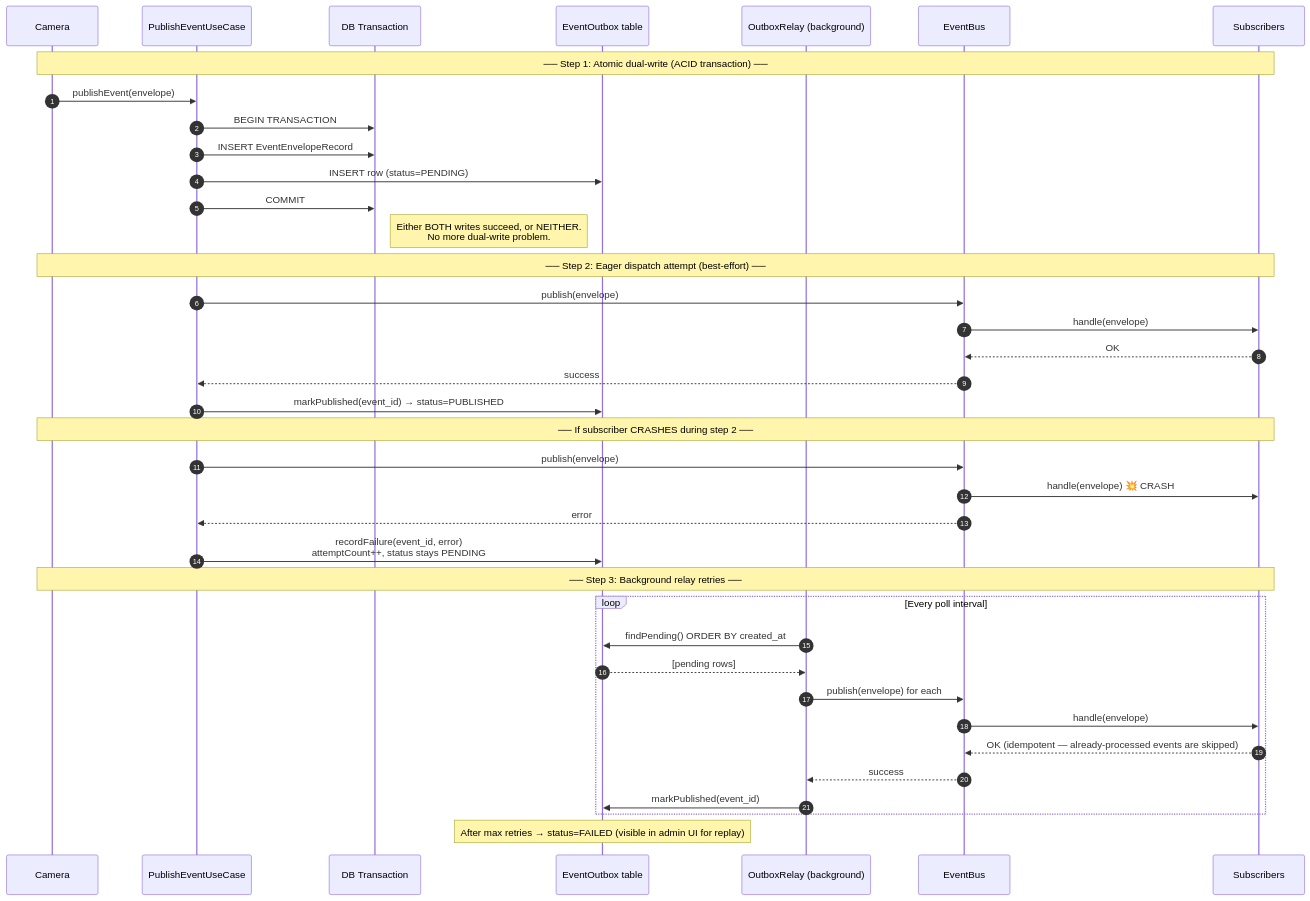
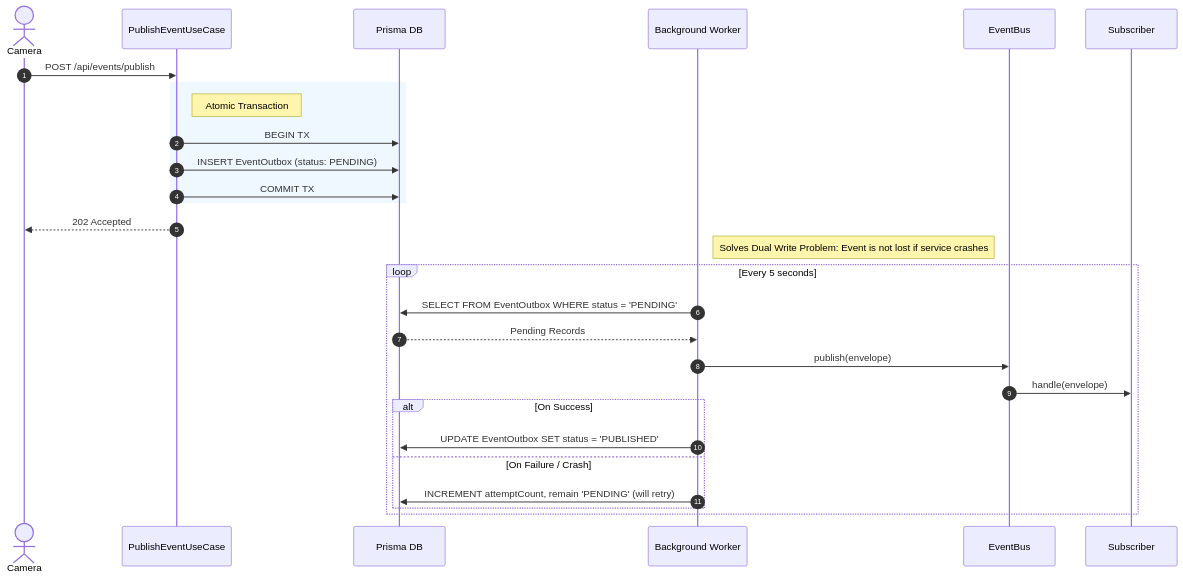
Before and after one commit to shajarhussain/cep-traffic-command-center: the diagram in viva_prep_package/uml/04_sequence_outbox_pattern.mmd, drawn with Mermaid. The commit also changed 53 other files, not shown here.

```diff
--- a/viva_prep_package/uml/04_sequence_outbox_pattern.mmd
+++ b/viva_prep_package/uml/04_sequence_outbox_pattern.mmd
@@ -1,43 +1,34 @@
 sequenceDiagram
     autonumber
-    participant Camera
-    participant UC as PublishEventUseCase
-    participant TX as DB Transaction
-    participant Outbox as EventOutbox table
-    participant Relay as OutboxRelay (background)
-    participant Bus as EventBus
-    participant Subs as Subscribers
+    actor Camera
+    participant PublishEventUseCase
+    participant Database as Prisma DB
+    participant OutboxRelay as Background Worker
+    participant EventBus
+    participant Subscriber
 
-    Note over Camera,Subs: ── Step 1: Atomic dual-write (ACID transaction) ──
-    Camera->>UC: publishEvent(envelope)
-    UC->>TX: BEGIN TRANSACTION
-    UC->>TX: INSERT EventEnvelopeRecord
-    UC->>Outbox: INSERT row (status=PENDING)
-    UC->>TX: COMMIT
-    Note right of TX: Either BOTH writes succeed, or NEITHER.<br/>No more dual-write problem.
-
-    Note over Camera,Subs: ── Step 2: Eager dispatch attempt (best-effort) ──
-    UC->>Bus: publish(envelope)
-    Bus->>Subs: handle(envelope)
-    Subs-->>Bus: OK
-    Bus-->>UC: success
-    UC->>Outbox: markPublished(event_id) → status=PUBLISHED
-
-    Note over Camera,Subs: ── If subscriber CRASHES during step 2 ──
-    UC->>Bus: publish(envelope)
-    Bus->>Subs: handle(envelope) 💥 CRASH
-    Bus-->>UC: error
-    UC->>Outbox: recordFailure(event_id, error)<br/>attemptCount++, status stays PENDING
-
-    Note over Camera,Subs: ── Step 3: Background relay retries ──
-    loop Every poll interval
-        Relay->>Outbox: findPending() ORDER BY created_at
-        Outbox-->>Relay: [pending rows]
-        Relay->>Bus: publish(envelope) for each
-        Bus->>Subs: handle(envelope)
-        Subs-->>Bus: OK (idempotent — already-processed events are skipped)
-        Bus-->>Relay: success
-        Relay->>Outbox: markPublished(event_id)
+    Camera->>PublishEventUseCase: POST /api/events/publish
+    
+    rect rgb(240, 248, 255)
+        note right of PublishEventUseCase: Atomic Transaction
+        PublishEventUseCase->>Database: BEGIN TX
+        PublishEventUseCase->>Database: INSERT EventOutbox (status: PENDING)
+        PublishEventUseCase->>Database: COMMIT TX
     end
 
-    Note over Outbox: After max retries → status=FAILED (visible in admin UI for replay)
+    PublishEventUseCase-->>Camera: 202 Accepted
+
+    note right of OutboxRelay: Solves Dual Write Problem: Event is not lost if service crashes
+    loop Every 5 seconds
+        OutboxRelay->>Database: SELECT FROM EventOutbox WHERE status = 'PENDING'
+        Database-->>OutboxRelay: Pending Records
+        
+        OutboxRelay->>EventBus: publish(envelope)
+        EventBus->>Subscriber: handle(envelope)
+        
+        alt On Success
+            OutboxRelay->>Database: UPDATE EventOutbox SET status = 'PUBLISHED'
+        else On Failure / Crash
+            OutboxRelay->>Database: INCREMENT attemptCount, remain 'PENDING' (will retry)
+        end
+    end
```
